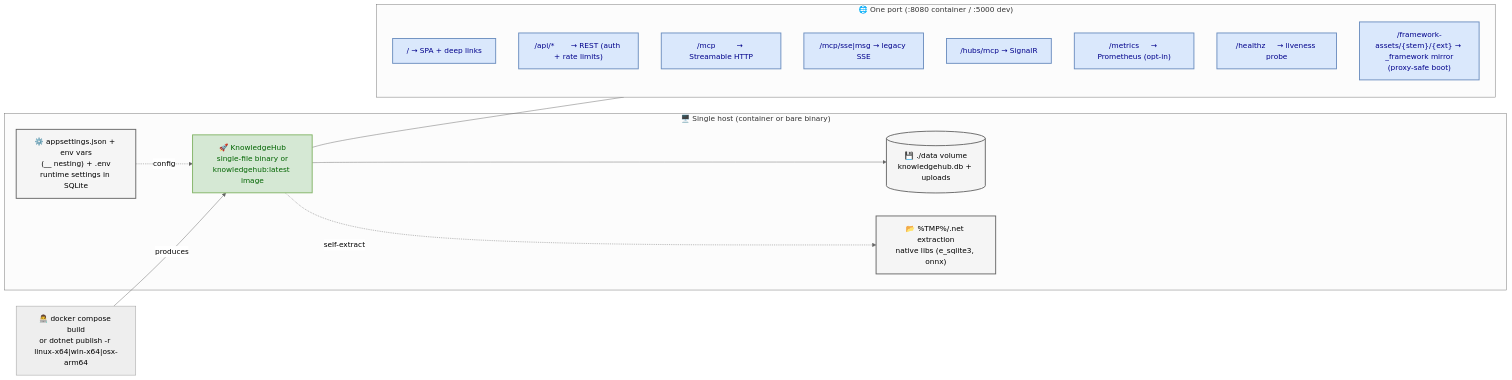
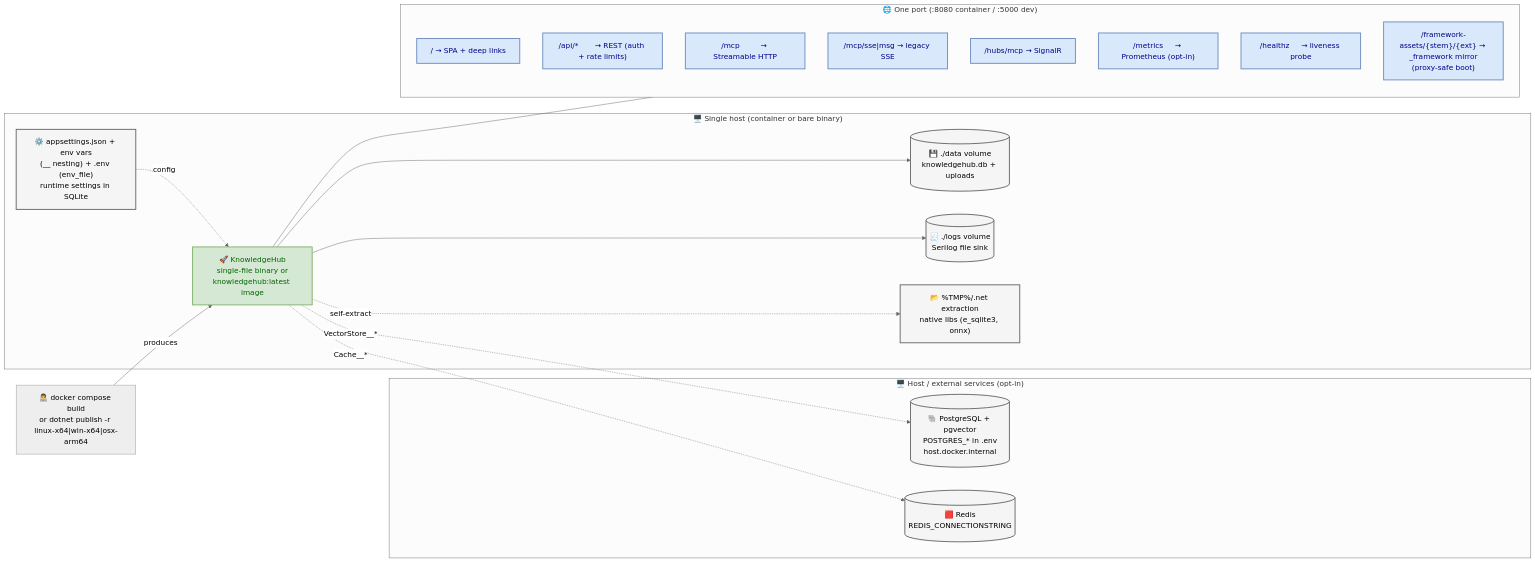
One commit to afonsoft/LangGraph-UI changed the diagram in docs/architecture/knowledge-hub_deployment.mmd. Above: the diagram before and after it, drawn with Mermaid. The commit also changed 10 other files, not shown here.

First line of the commit message:
docs(architecture): refresh diagrams + ADRs for ingestion queue, cache, pgvector (#230)

```diff
--- a/docs/architecture/knowledge-hub_deployment.mmd
+++ b/docs/architecture/knowledge-hub_deployment.mmd
@@ -1,32 +1,41 @@
 %%{init: {'theme':'neutral'}}%%
 flowchart LR
     subgraph Host["🖥️ Single host (container or bare binary)"]
         EXE["🚀 KnowledgeHub<br/>single-file binary or<br/>knowledgehub:latest image"]
         DB[("💾 ./data volume<br/>knowledgehub.db + uploads")]
+        LOGV[("🧾 ./logs volume<br/>Serilog file sink")]
         EXT["📂 %TMP%/.net extraction<br/>native libs (e_sqlite3, onnx)"]
-        CFG["⚙️ appsettings.json + env vars<br/>(__ nesting) + .env<br/>runtime settings in SQLite"]
+        CFG["⚙️ appsettings.json + env vars<br/>(__ nesting) + .env (env_file)<br/>runtime settings in SQLite"]
         EXE --> DB
+        EXE --> LOGV
         EXE -.->|self-extract| EXT
         CFG -.->|config| EXE
     end
+
+    subgraph HostSvc["🖥️ Host / external services (opt-in)"]
+        PG2[("🐘 PostgreSQL + pgvector<br/>POSTGRES_* in .env<br/>host.docker.internal")]
+        RDS[("🟥 Redis<br/>REDIS_CONNECTIONSTRING")]
+    end
+    EXE -.->|"VectorStore__*"| PG2
+    EXE -.->|"Cache__*"| RDS
 
     DEV["👨‍💻 docker compose build<br/>or dotnet publish -r linux-x64|win-x64|osx-arm64"] -->|produces| EXE
 
     subgraph Net["🌐 One port (:8080 container / :5000 dev)"]
         R1["/            → SPA + deep links"]
         R2["/api/*       → REST (auth + rate limits)"]
         R3["/mcp         → Streamable HTTP"]
         R4["/mcp/sse|msg → legacy SSE"]
         R5["/hubs/mcp    → SignalR"]
         R6["/metrics     → Prometheus (opt-in)"]
         R7["/healthz     → liveness probe"]
         R8["/framework-assets/{stem}/{ext} → _framework mirror<br/>(proxy-safe boot)"]
     end
     EXE --- Net
 
     classDef bin fill:#d5e8d4,stroke:#82b366,stroke-width:2px,color:darkgreen
     classDef data fill:#f5f5f5,stroke:#666666,stroke-width:2px,color:black
     classDef net fill:#dae8fc,stroke:#6c8ebf,stroke-width:2px,color:darkblue
     class EXE bin
-    class DB,EXT,CFG data
+    class DB,LOGV,EXT,CFG,PG2,RDS data
     class R1,R2,R3,R4,R5,R6,R7,R8 net
```
